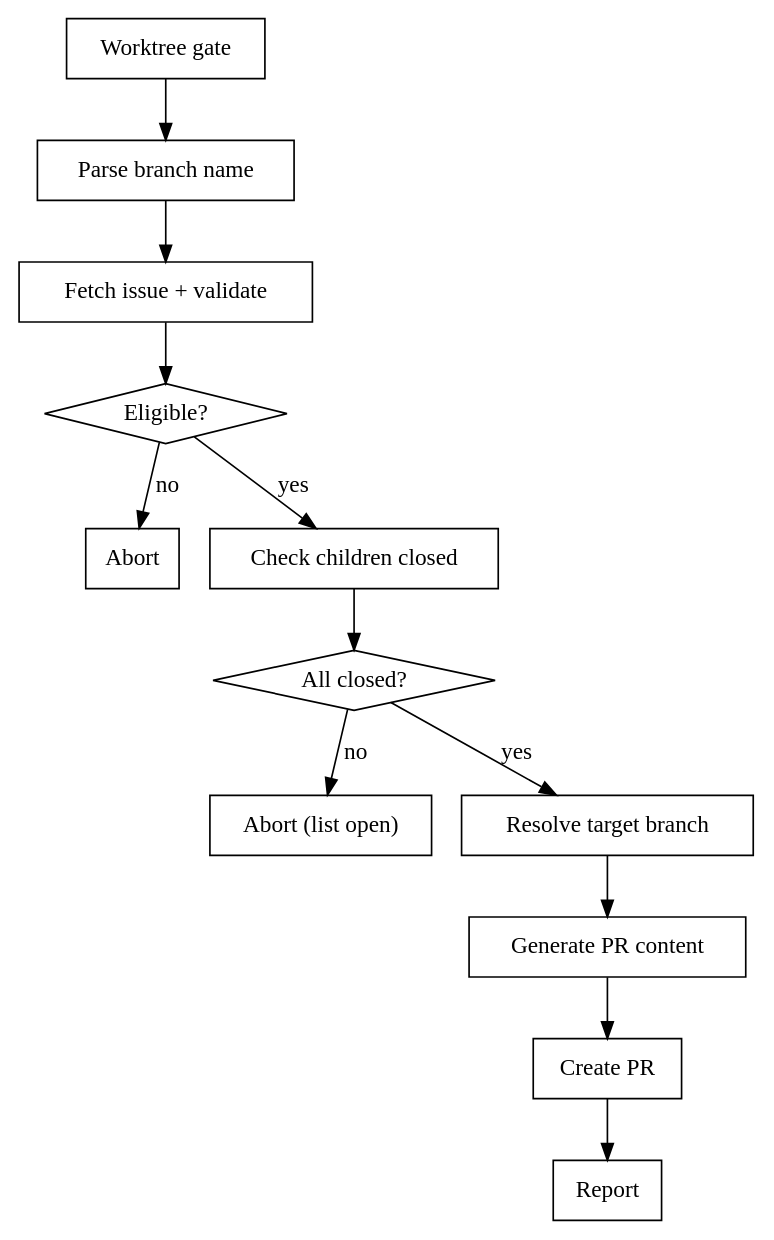
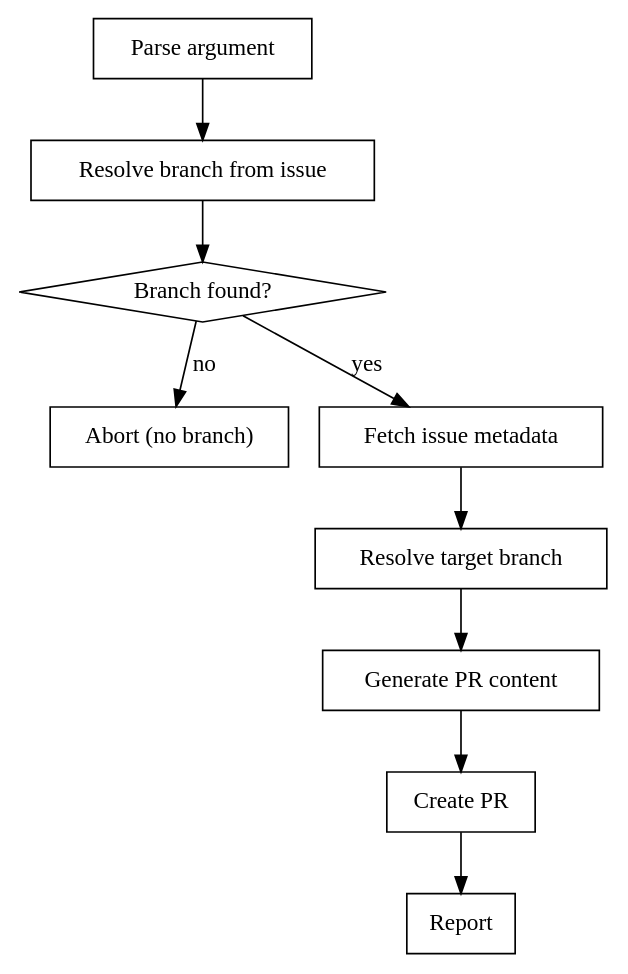
Before and after one commit to raulstechtips/sdlc-plugin-for-claude-code: the diagram in .claude/plugins/sdlc/skills/finish-dev/SKILL.md, drawn with Graphviz. The commit also changed other lines of this file and 1 other file, not shown here.

First line of the commit message:
fix(finish-dev): remove worktree gate and flip input to accept issue number (#49)

````diff
--- a/.claude/plugins/sdlc/skills/finish-dev/SKILL.md
+++ b/.claude/plugins/sdlc/skills/finish-dev/SKILL.md
@@ -16,29 +16,23 @@
 ```dot
 digraph finish_dev {
     rankdir=TB;
-    "Worktree gate" [shape=box];
-    "Parse branch name" [shape=box];
-    "Fetch issue + validate" [shape=box];
-    "Eligible?" [shape=diamond];
-    "Abort" [shape=box];
-    "Check children closed" [shape=box];
-    "All closed?" [shape=diamond];
-    "Abort (list open)" [shape=box];
+    "Parse argument" [shape=box];
+    "Resolve branch from issue" [shape=box];
+    "Branch found?" [shape=diamond];
+    "Abort (no branch)" [shape=box];
+    "Fetch issue metadata" [shape=box];
     "Resolve target branch" [shape=box];
     "Generate PR content" [shape=box];
     "Create PR" [shape=box];
     "Report" [shape=box];
 
-    "Worktree gate" -> "Parse branch name";
-    "Parse branch name" -> "Fetch issue + validate";
-    "Fetch issue + validate" -> "Eligible?";
-    "Eligible?" -> "Abort" [label="no"];
-    "Eligible?" -> "Check children closed" [label="yes"];
-    "Check children closed" -> "All closed?";
-    "All closed?" -> "Abort (list open)" [label="no"];
-    "All closed?" -> "Resolve target branch" [label="yes"];
+    "Parse argument" -> "Resolve branch from issue";
+    "Resolve branch from issue" -> "Branch found?";
+    "Branch found?" -> "Abort (no branch)" [label="no"];
+    "Branch found?" -> "Fetch issue metadata" [label="yes"];
+    "Fetch issue metadata" -> "Resolve target branch";
     "Resolve target branch" -> "Generate PR content";
     "Generate PR content" -> "Create PR";
     "Create PR" -> "Report";
 }
 ```
````
